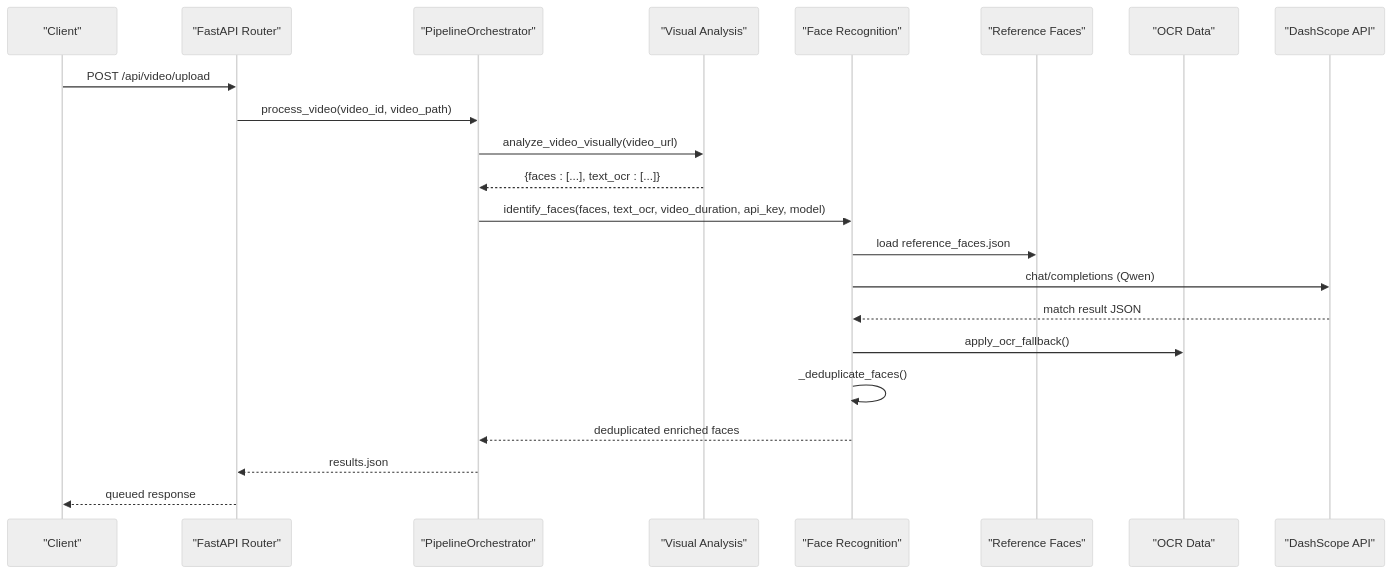
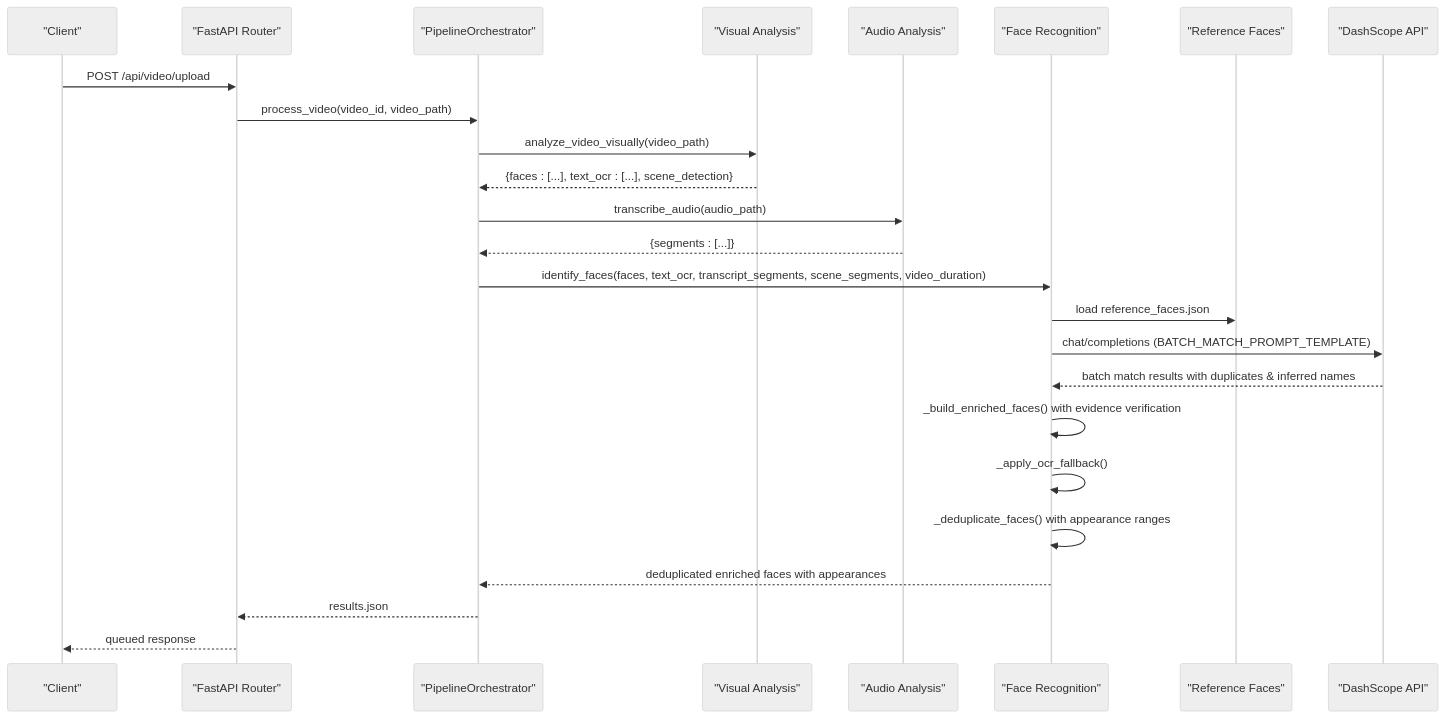
Before and after one commit to alexandreybasta-cyber/dubai-media-ai: the second of 5 diagrams in .qoder/repowiki/en/content/Media Processing Pipeline/Face Recognition Stage.md, drawn with Mermaid (neutral theme). The commit also changed other lines of this file and 49 other files, not shown here.

````diff
--- a/.qoder/repowiki/en/content/Media Processing Pipeline/Face Recognition Stage.md
+++ b/.qoder/repowiki/en/content/Media Processing Pipeline/Face Recognition Stage.md
@@ -82,24 +88,27 @@
 ```mermaid
 sequenceDiagram
 participant Client as "Client"
 participant Router as "FastAPI Router"
 participant Orchestrator as "PipelineOrchestrator"
 participant VA as "Visual Analysis"
+participant AA as "Audio Analysis"
 participant FR as "Face Recognition"
 participant Ref as "Reference Faces"
-participant OCR as "OCR Data"
 participant DashScope as "DashScope API"
 Client->>Router : POST /api/video/upload
 Router->>Orchestrator : process_video(video_id, video_path)
-Orchestrator->>VA : analyze_video_visually(video_url)
-VA-->>Orchestrator : {faces : [...], text_ocr : [...]}
-Orchestrator->>FR : identify_faces(faces, text_ocr, video_duration, api_key, model)
+Orchestrator->>VA : analyze_video_visually(video_path)
+VA-->>Orchestrator : {faces : [...], text_ocr : [...], scene_detection}
+Orchestrator->>AA : transcribe_audio(audio_path)
+AA-->>Orchestrator : {segments : [...]}
+Orchestrator->>FR : identify_faces(faces, text_ocr, transcript_segments, scene_segments, video_duration)
 FR->>Ref : load reference_faces.json
-FR->>DashScope : chat/completions (Qwen)
-DashScope-->>FR : match result JSON
-FR->>OCR : apply_ocr_fallback()
-FR->>FR : _deduplicate_faces()
-FR-->>Orchestrator : deduplicated enriched faces
+FR->>DashScope : chat/completions (BATCH_MATCH_PROMPT_TEMPLATE)
+DashScope-->>FR : batch match results with duplicates & inferred names
+FR->>FR : _build_enriched_faces() with evidence verification
+FR->>FR : _apply_ocr_fallback()
+FR->>FR : _deduplicate_faces() with appearance ranges
+FR-->>Orchestrator : deduplicated enriched faces with appearances
 Orchestrator-->>Router : results.json
 Router-->>Client : queued response
 ```
````
